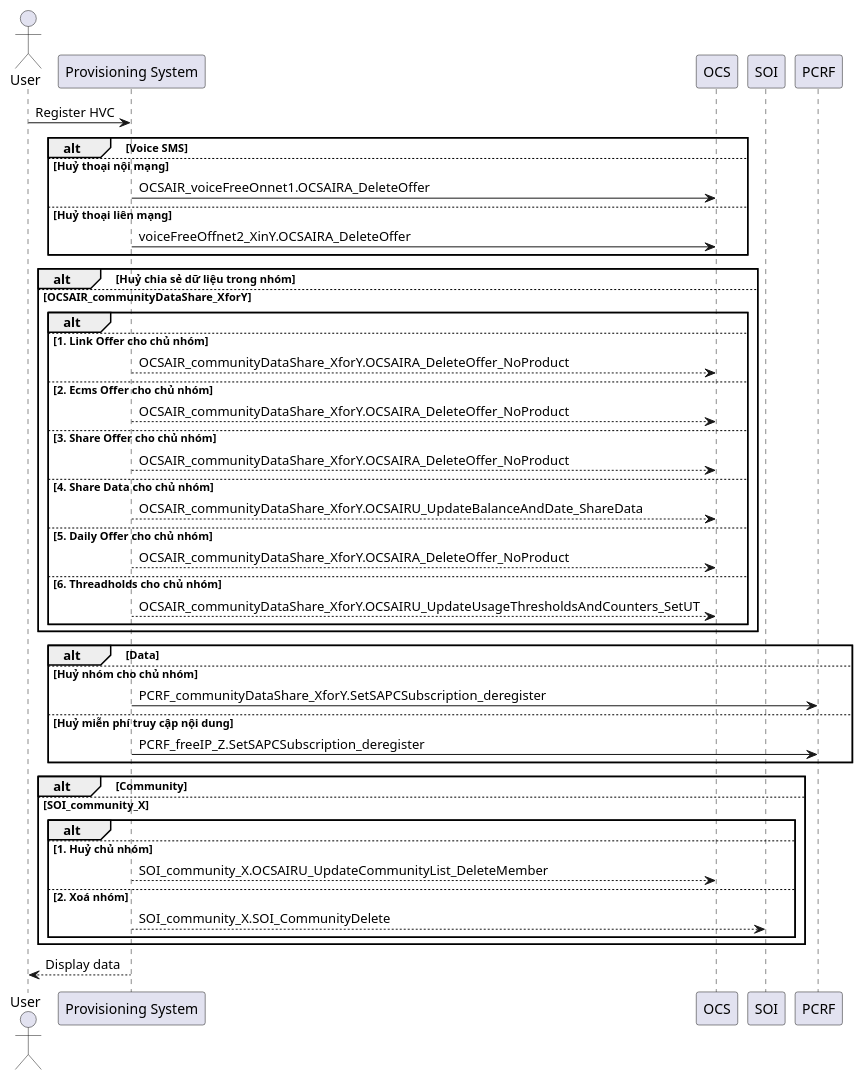
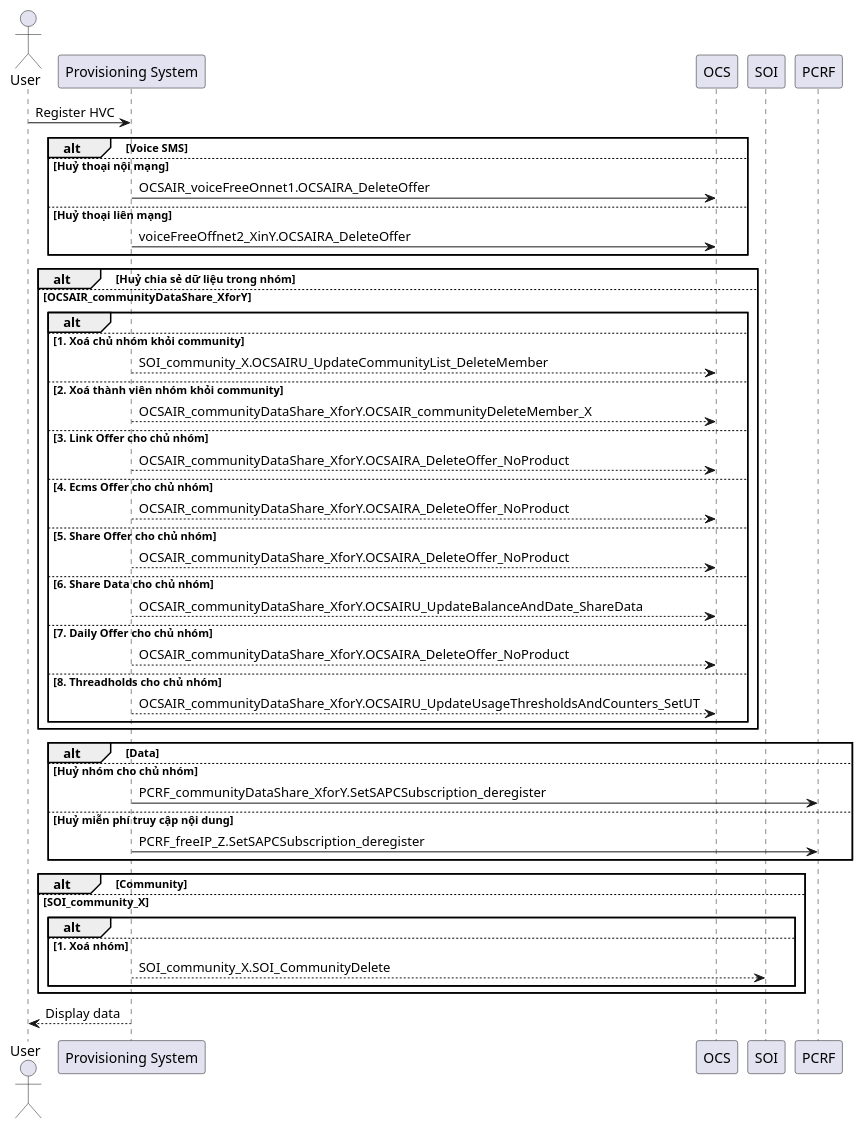
The diagram in Spec/vip199_deregister.puml (thuannc/repo), drawn with PlantUML before and after one commit.

```diff
--- a/Spec/vip199_deregister.puml
+++ b/Spec/vip199_deregister.puml
@@ -1,52 +1,54 @@
 @startuml
 actor User
 participant "Provisioning System" as pro
 participant "OCS" as ocs
 participant "SOI" as soi
 participant "PCRF" as pcrf
 
 User -> pro: Register HVC
 
 alt Voice SMS
 else Huỷ thoại nội mạng
 pro -> ocs: OCSAIR_voiceFreeOnnet1.OCSAIRA_DeleteOffer
 else Huỷ thoại liên mạng
 pro -> ocs: voiceFreeOffnet2_XinY.OCSAIRA_DeleteOffer
 end
 
 alt Huỷ chia sẻ dữ liệu trong nhóm
 else OCSAIR_communityDataShare_XforY
     alt
-        else 1. Link Offer cho chủ nhóm
+        else 1. Xoá chủ nhóm khỏi community
+            pro -->ocs: SOI_community_X.OCSAIRU_UpdateCommunityList_DeleteMember
+        else 2. Xoá thành viên nhóm khỏi community
+            pro --> ocs: OCSAIR_communityDataShare_XforY.OCSAIR_communityDeleteMember_X
+        else 3. Link Offer cho chủ nhóm
             pro -->ocs: OCSAIR_communityDataShare_XforY.OCSAIRA_DeleteOffer_NoProduct
-        else 2. Ecms Offer cho chủ nhóm
-                pro -->ocs: OCSAIR_communityDataShare_XforY.OCSAIRA_DeleteOffer_NoProduct
-        else 3. Share Offer cho chủ nhóm
+        else 4. Ecms Offer cho chủ nhóm
             pro -->ocs: OCSAIR_communityDataShare_XforY.OCSAIRA_DeleteOffer_NoProduct
-        else 4. Share Data cho chủ nhóm
-                pro -->ocs: OCSAIR_communityDataShare_XforY.OCSAIRU_UpdateBalanceAndDate_ShareData
-        else 5. Daily Offer cho chủ nhóm
+        else 5. Share Offer cho chủ nhóm
             pro -->ocs: OCSAIR_communityDataShare_XforY.OCSAIRA_DeleteOffer_NoProduct
-        else 6. Threadholds cho chủ nhóm
-                pro -->ocs: OCSAIR_communityDataShare_XforY.OCSAIRU_UpdateUsageThresholdsAndCounters_SetUT
+        else 6. Share Data cho chủ nhóm
+            pro -->ocs: OCSAIR_communityDataShare_XforY.OCSAIRU_UpdateBalanceAndDate_ShareData
+        else 7. Daily Offer cho chủ nhóm
+            pro -->ocs: OCSAIR_communityDataShare_XforY.OCSAIRA_DeleteOffer_NoProduct
+        else 8. Threadholds cho chủ nhóm
+            pro -->ocs: OCSAIR_communityDataShare_XforY.OCSAIRU_UpdateUsageThresholdsAndCounters_SetUT
     end
 end
 
 alt Data
-else Huỷ nhóm cho chủ nhóm
-pro -> pcrf: PCRF_communityDataShare_XforY.SetSAPCSubscription_deregister
-else Huỷ miễn phí truy cập nội dung
-    pro -> pcrf: PCRF_freeIP_Z.SetSAPCSubscription_deregister
+    else Huỷ nhóm cho chủ nhóm
+        pro -> pcrf: PCRF_communityDataShare_XforY.SetSAPCSubscription_deregister
+    else Huỷ miễn phí truy cập nội dung
+        pro -> pcrf: PCRF_freeIP_Z.SetSAPCSubscription_deregister
 end
 alt Community
     else SOI_community_X
     alt
-        else 1. Huỷ chủ nhóm
-            pro -->ocs: SOI_community_X.OCSAIRU_UpdateCommunityList_DeleteMember
-        else 2. Xoá nhóm
+        else 1. Xoá nhóm
             pro -->soi: SOI_community_X.SOI_CommunityDelete
 
     end
 end
 pro --> User: Display data
 @enduml
```
